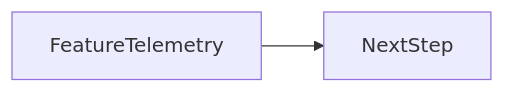
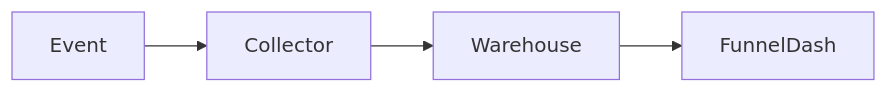
The second of 2 diagrams in docs/en/20-observability/feature-telemetry/index.md (OmidJavaherii/Frontend-Engineering-Handbook), drawn with Mermaid before and after one commit. The commit also changed other lines of this file and 461 other files, not shown here.

````diff
--- a/docs/en/20-observability/feature-telemetry/index.md
+++ b/docs/en/20-observability/feature-telemetry/index.md
@@ -94,4 +106,4 @@
 ```mermaid
 flowchart LR
-  concept[FeatureTelemetry] --> nextStep[NextStep]
+  Event --> Collector --> Warehouse --> FunnelDash
 ```
````
